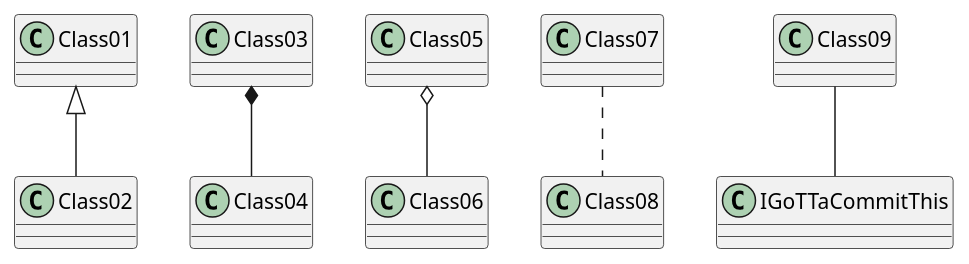
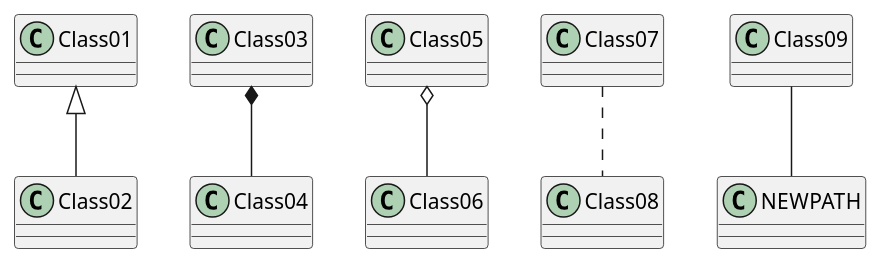
The diagram in meilenstein_03/test.puml (weichware10/meilensteine), drawn with PlantUML before and after one commit. The commit also changed 1 other file, not shown here.

```diff
--- a/meilenstein_03/test.puml
+++ b/meilenstein_03/test.puml
@@ -1,7 +1,7 @@
 @startuml test
 Class01 <|-- Class02
 Class03 *-- Class04
 Class05 o-- Class06
 Class07 .. Class08
-Class09 -- IGoTTaCommitThis
+Class09 -- NEWPATH
 @enduml
```
